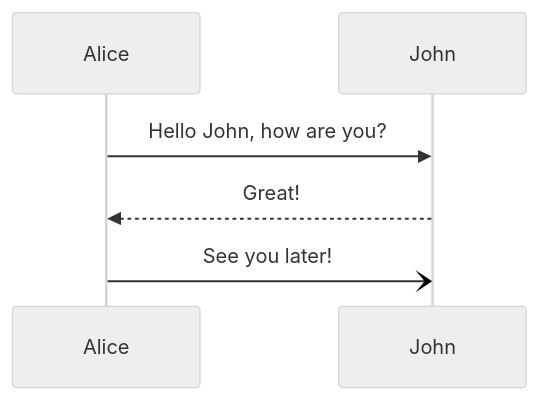
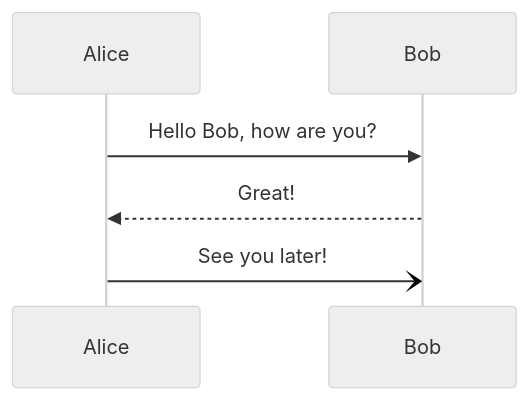
The diagram in docs/documentation/developer-documentation/overview.md (SentinelVote/website), drawn with Mermaid (neutral theme) before and after one commit. The commit also changed other lines of this file and 2 other files, not shown here.

Commit message:
docs: update overview, architecture diagram

````diff
--- a/docs/documentation/developer-documentation/overview.md
+++ b/docs/documentation/developer-documentation/overview.md
@@ -13,6 +23,6 @@
 ```mermaid
 sequenceDiagram
-    Alice->>John: Hello John, how are you?
-    John-->>Alice: Great!
-    Alice-)John: See you later!
+    Alice->>Bob: Hello Bob, how are you?
+    Bob-->>Alice: Great!
+    Alice-)Bob: See you later!
 ```
````
